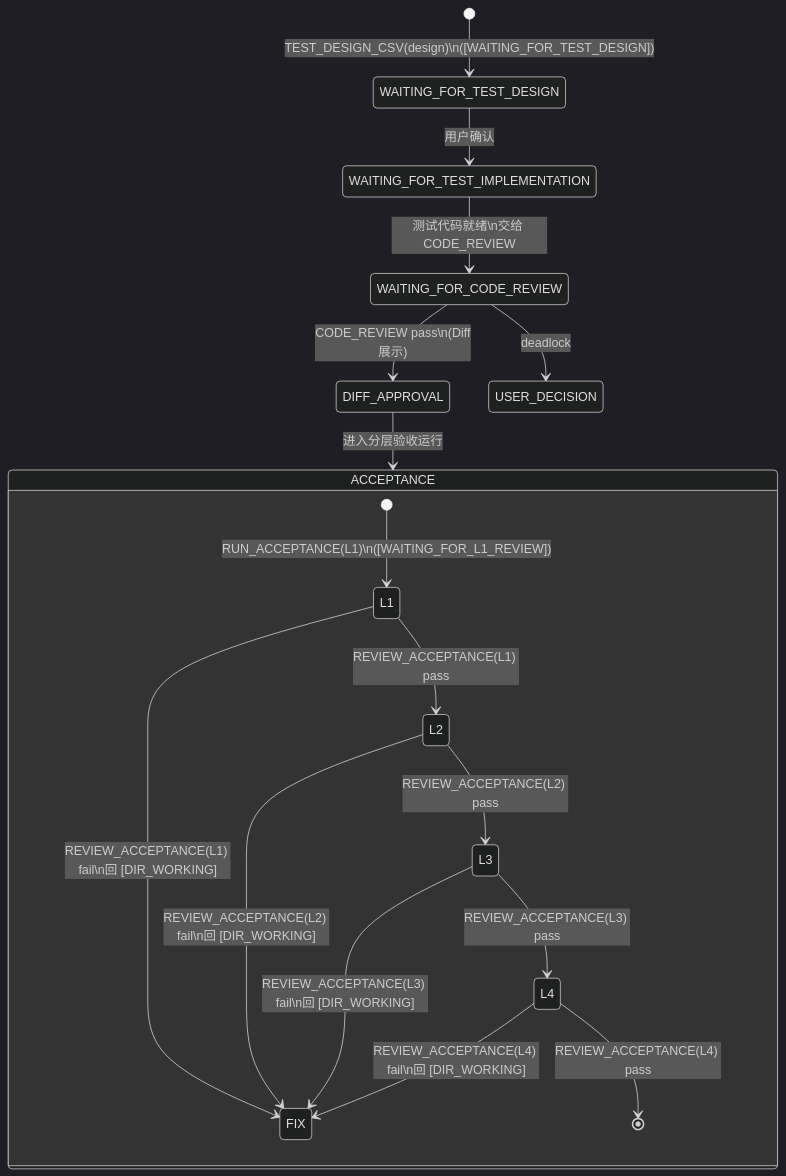
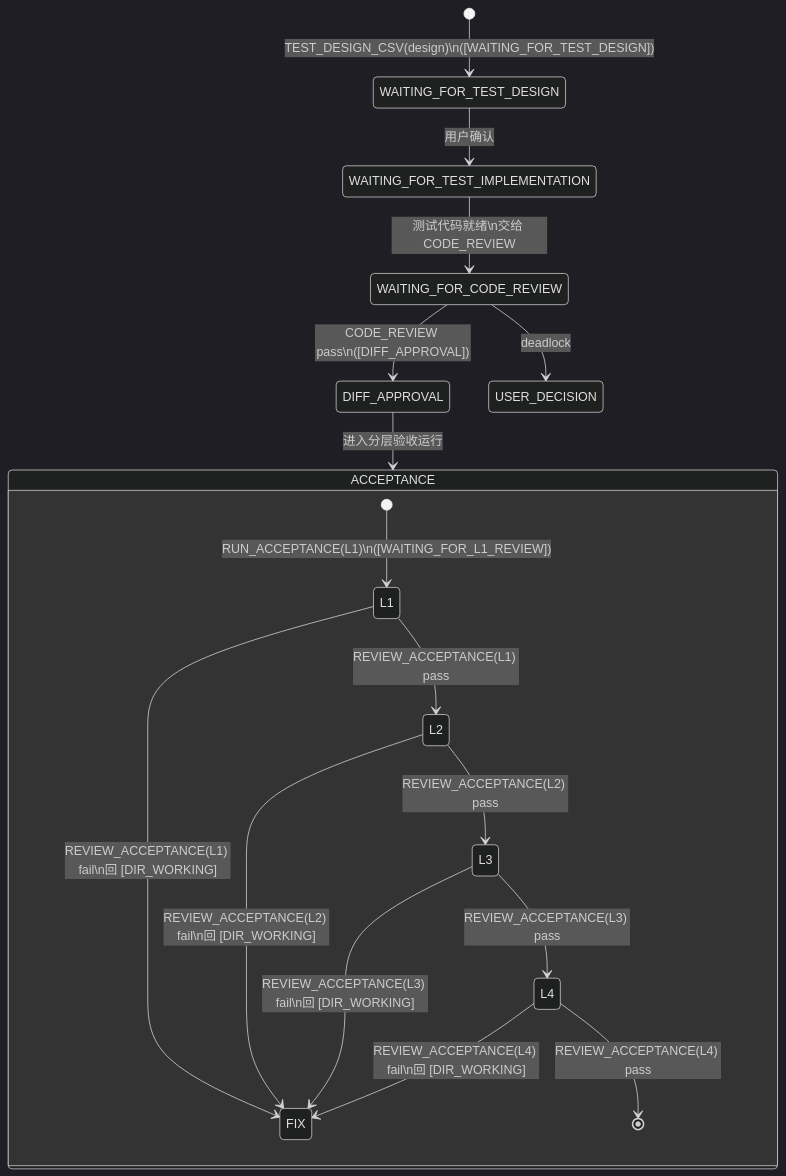
One commit to luckyMUMU/OpenSpec-mumu changed the fourth of 4 diagrams in docs/参考/sop_state_machine.md. Above: the diagram before and after it, drawn with Mermaid (dark theme). The commit also changed other lines of this file and 75 other files, not shown here.

````diff
--- a/docs/参考/sop_state_machine.md
+++ b/docs/参考/sop_state_machine.md
@@ -194,21 +195,21 @@
 ```mermaid
 stateDiagram-v2
   [*] --> WAITING_FOR_TEST_DESIGN: TEST_DESIGN_CSV(design)\n([WAITING_FOR_TEST_DESIGN])
   WAITING_FOR_TEST_DESIGN --> WAITING_FOR_TEST_IMPLEMENTATION: 用户确认
   WAITING_FOR_TEST_IMPLEMENTATION --> WAITING_FOR_CODE_REVIEW: 测试代码就绪\n交给 CODE_REVIEW
-  WAITING_FOR_CODE_REVIEW --> DIFF_APPROVAL: CODE_REVIEW pass\n(Diff展示)
+  WAITING_FOR_CODE_REVIEW --> DIFF_APPROVAL: CODE_REVIEW pass\n([DIFF_APPROVAL])
   WAITING_FOR_CODE_REVIEW --> USER_DECISION: deadlock
   DIFF_APPROVAL --> ACCEPTANCE: 进入分层验收运行
 
   state ACCEPTANCE {
     [*] --> L1: RUN_ACCEPTANCE(L1)\n([WAITING_FOR_L1_REVIEW])
     L1 --> L2: REVIEW_ACCEPTANCE(L1) pass
     L1 --> FIX: REVIEW_ACCEPTANCE(L1) fail\n回 [DIR_WORKING]
     L2 --> L3: REVIEW_ACCEPTANCE(L2) pass
     L2 --> FIX: REVIEW_ACCEPTANCE(L2) fail\n回 [DIR_WORKING]
     L3 --> L4: REVIEW_ACCEPTANCE(L3) pass
     L3 --> FIX: REVIEW_ACCEPTANCE(L3) fail\n回 [DIR_WORKING]
     L4 --> [*]: REVIEW_ACCEPTANCE(L4) pass
     L4 --> FIX: REVIEW_ACCEPTANCE(L4) fail\n回 [DIR_WORKING]
   }
 ```
````
